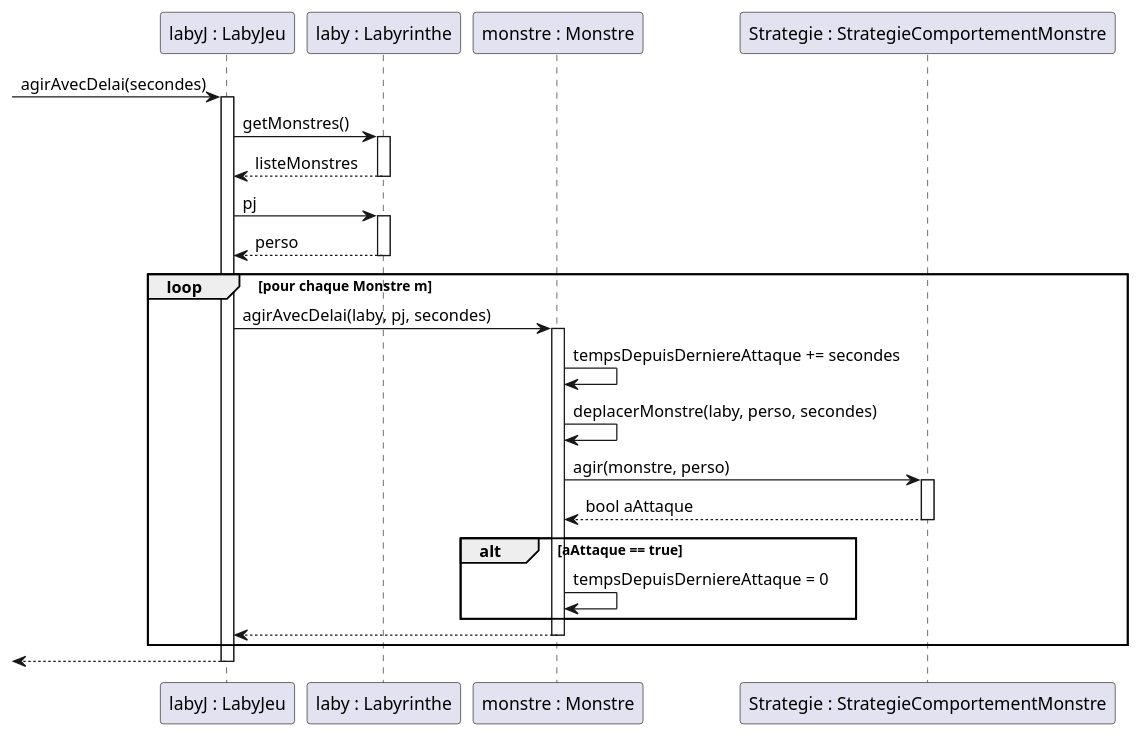
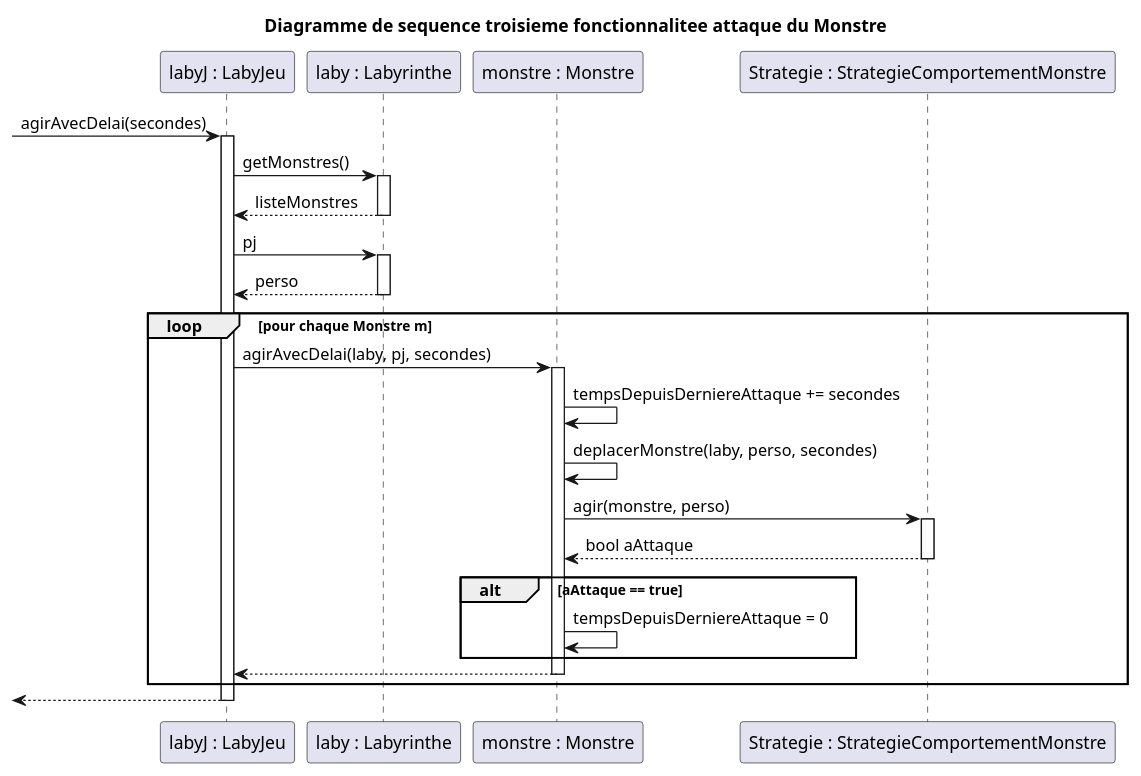
One commit to Fhm11/Projet_Zeldiablo changed the diagram in documents/version_4/4_Quatrieme_fonctionnalitee_diagSeq.puml. Above: the diagram before and after it, drawn with PlantUML. The commit also changed 12 other files, not shown here.

Commit message:
correction de beaucoup de diagramme

```diff
--- a/documents/version_4/4_Quatrieme_fonctionnalitee_diagSeq.puml
+++ b/documents/version_4/4_Quatrieme_fonctionnalitee_diagSeq.puml
@@ -1,43 +1,44 @@
 @startuml
 participant "labyJ : LabyJeu" as LabyJeu
 participant "laby : Labyrinthe" as Labyrinthe
 participant "monstre : Monstre" as Monstre
 participant "Strategie : StrategieComportementMonstre" as StrategieComportementMonstre
+title Diagramme de sequence troisieme fonctionnalitee attaque du Monstre
 
 -> LabyJeu : agirAvecDelai(secondes)
 activate LabyJeu
 
 LabyJeu -> Labyrinthe : getMonstres()
 activate Labyrinthe
 Labyrinthe --> LabyJeu : listeMonstres
 deactivate Labyrinthe
 
 LabyJeu -> Labyrinthe : pj
 activate Labyrinthe
 Labyrinthe --> LabyJeu : perso
 deactivate Labyrinthe
 
 
 loop pour chaque Monstre m
     LabyJeu -> Monstre : agirAvecDelai(laby, pj, secondes)
     activate Monstre
 
     Monstre -> Monstre : tempsDepuisDerniereAttaque += secondes
     Monstre -> Monstre : deplacerMonstre(laby, perso, secondes)
 
     Monstre -> StrategieComportementMonstre : agir(monstre, perso)
     activate StrategieComportementMonstre
     StrategieComportementMonstre --> Monstre : bool aAttaque
     deactivate StrategieComportementMonstre
 
     alt aAttaque == true
         Monstre -> Monstre : tempsDepuisDerniereAttaque = 0
     end
 
     Monstre --> LabyJeu
     deactivate Monstre
 end
 
 <-- LabyJeu
 deactivate LabyJeu
 @enduml
```
